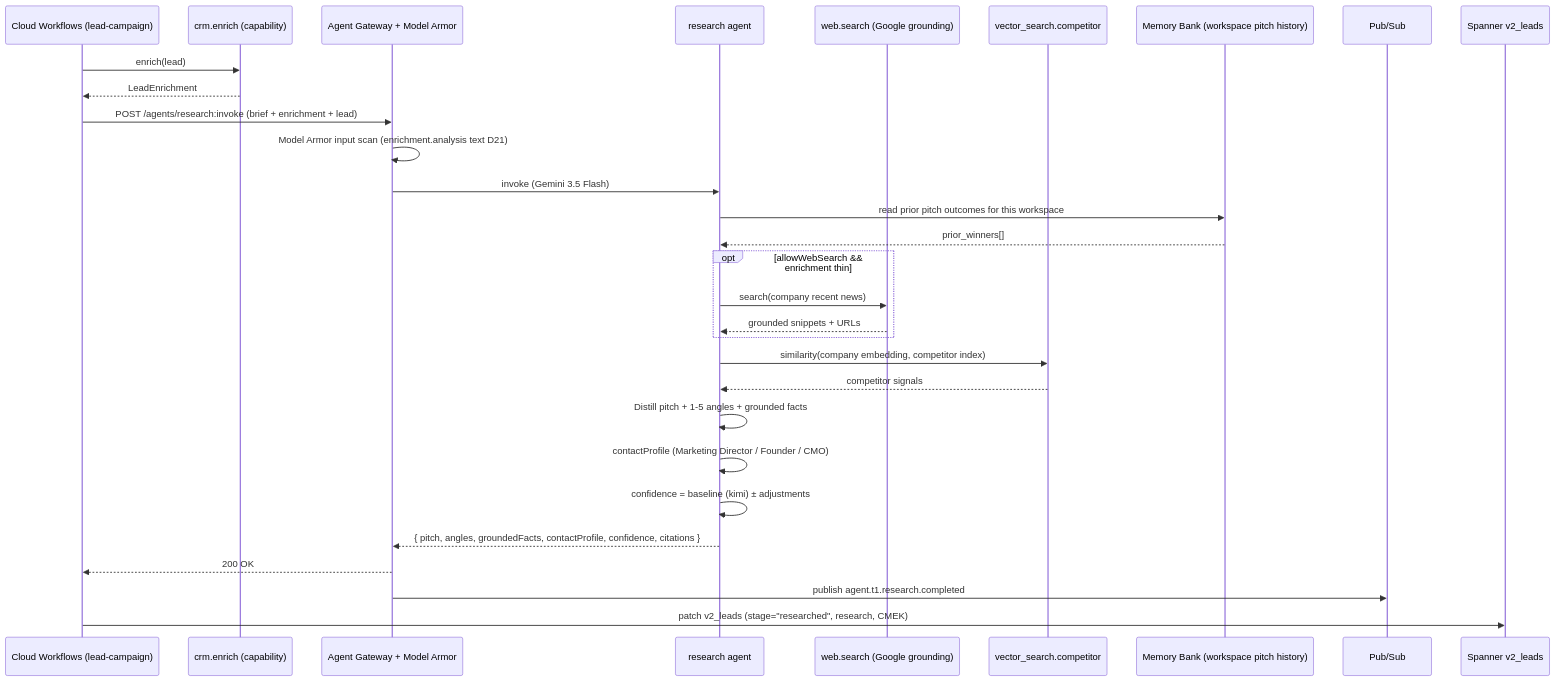
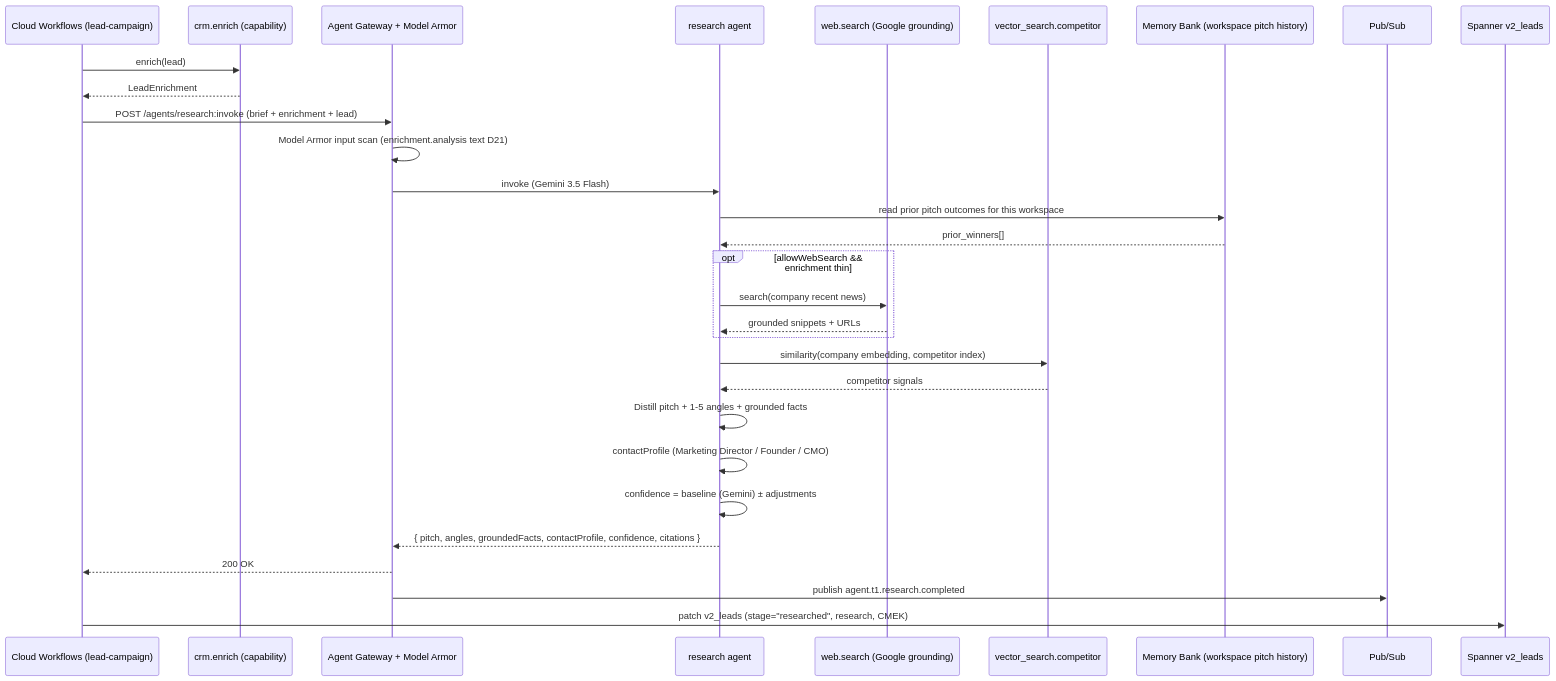
The diagram in gcp-research/specs/tier1/research.spec.md (Two-Weeks-Team/social-seeding-v2-public), drawn with Mermaid before and after one commit. The commit also changed other lines of this file and 3 other files, not shown here.

````diff
--- a/gcp-research/specs/tier1/research.spec.md
+++ b/gcp-research/specs/tier1/research.spec.md
@@ -187,33 +187,33 @@
 ```mermaid
 sequenceDiagram
   participant WF as Cloud Workflows (lead-campaign)
   participant CE as crm.enrich (capability)
   participant AG as Agent Gateway + Model Armor
   participant RE as research agent
   participant WS as web.search (Google grounding)
   participant VC as vector_search.competitor
   participant MB as Memory Bank (workspace pitch history)
   participant PS as Pub/Sub
   participant SP as Spanner v2_leads
 
   WF->>CE: enrich(lead)
   CE-->>WF: LeadEnrichment
   WF->>AG: POST /agents/research:invoke (brief + enrichment + lead)
   AG->>AG: Model Armor input scan (enrichment.analysis text D21)
   AG->>RE: invoke (Gemini 3.5 Flash)
   RE->>MB: read prior pitch outcomes for this workspace
   MB-->>RE: prior_winners[]
   opt allowWebSearch && enrichment thin
     RE->>WS: search(company recent news)
     WS-->>RE: grounded snippets + URLs
   end
   RE->>VC: similarity(company embedding, competitor index)
   VC-->>RE: competitor signals
   RE->>RE: Distill pitch + 1-5 angles + grounded facts
   RE->>RE: contactProfile (Marketing Director / Founder / CMO)
-  RE->>RE: confidence = baseline (kimi) ± adjustments
+  RE->>RE: confidence = baseline (Gemini) ± adjustments
   RE-->>AG: { pitch, angles, groundedFacts, contactProfile, confidence, citations }
   AG-->>WF: 200 OK
   AG->>PS: publish agent.t1.research.completed
   WF->>SP: patch v2_leads (stage="researched", research, CMEK)
 ```
````
